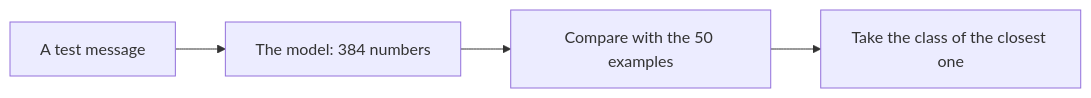
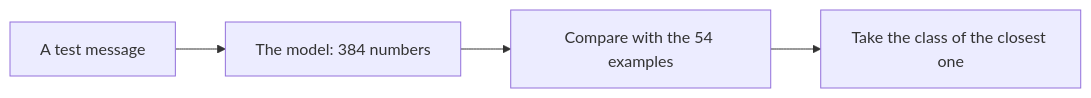
One commit to Youth-AI-Lab/yal-workshop-finetune changed the second of 3 diagrams in README.md. Above: the diagram before and after it, drawn with Mermaid. The commit also changed other lines of this file and 4 other files, not shown here.

````diff
--- a/README.md
+++ b/README.md
@@ -310,6 +315,6 @@
 ```mermaid
 flowchart LR
   M["A test message"] --> N["The model: 384 numbers"]
-  N --> C["Compare with the 50 examples"]
+  N --> C["Compare with the 54 examples"]
   C --> K["Take the class of the closest one"]
 ```
````
